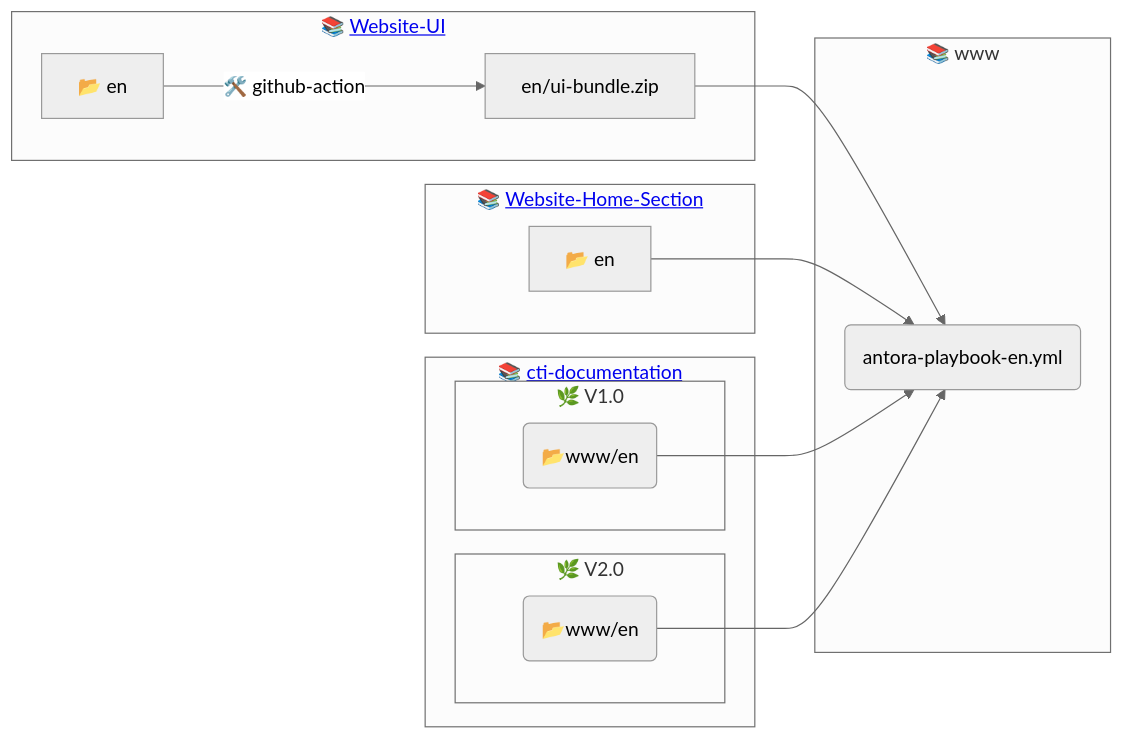
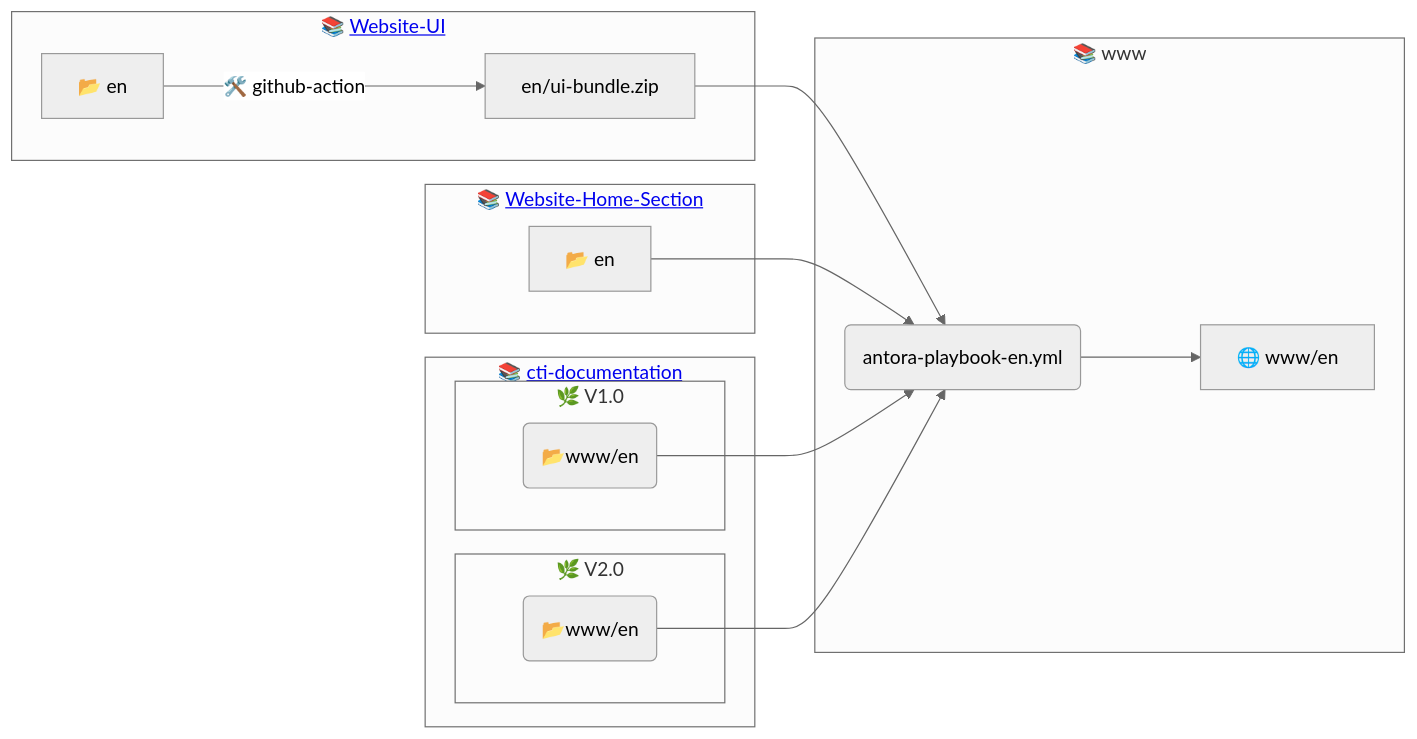
The diagram in README.md (j-medland/www), drawn with Mermaid (neutral theme) before and after one commit. The commit also changed other lines of this file, not shown here.

Commit message:
added output

````diff
--- a/README.md
+++ b/README.md
@@ -15,21 +15,22 @@
 ```mermaid
 flowchart LR
     subgraph www["📚 www"]
-        en-antora-playbook(antora-playbook-en.yml)
+        en-antora-playbook(antora-playbook-en.yml)--->en-output
     end
     subgraph website-ui["📚 <a href='https://github.com/LabVIEWCommunityTraining/website-ui'>Website-UI</a>"]
         en-ui["📂 en"]--->|🛠️ github-action|en-ui-bundle
         en-ui-bundle[en/ui-bundle.zip]-->en-antora-playbook
     end
     subgraph website-home["📚 <a href='https://github.com/LabVIEWCommunityTraining/website-home-section'>Website-Home-Section</a>"]
         en-hs["📂 en"]-->en-antora-playbook
         end
     subgraph cti-docs["📚 <a href='https://github.com/LabVIEWCommunityTraining/cti-documentation'>cti-documentation</a>"]
         subgraph v1["🌿 V1.0"]
             en-conv1(📂www/en)-->en-antora-playbook
         end
         subgraph v2["🌿 V2.0"]
             en-conv2(📂www/en)-->en-antora-playbook
         end
     end
+    en-output["🌐 www/en"]
 ```
````
